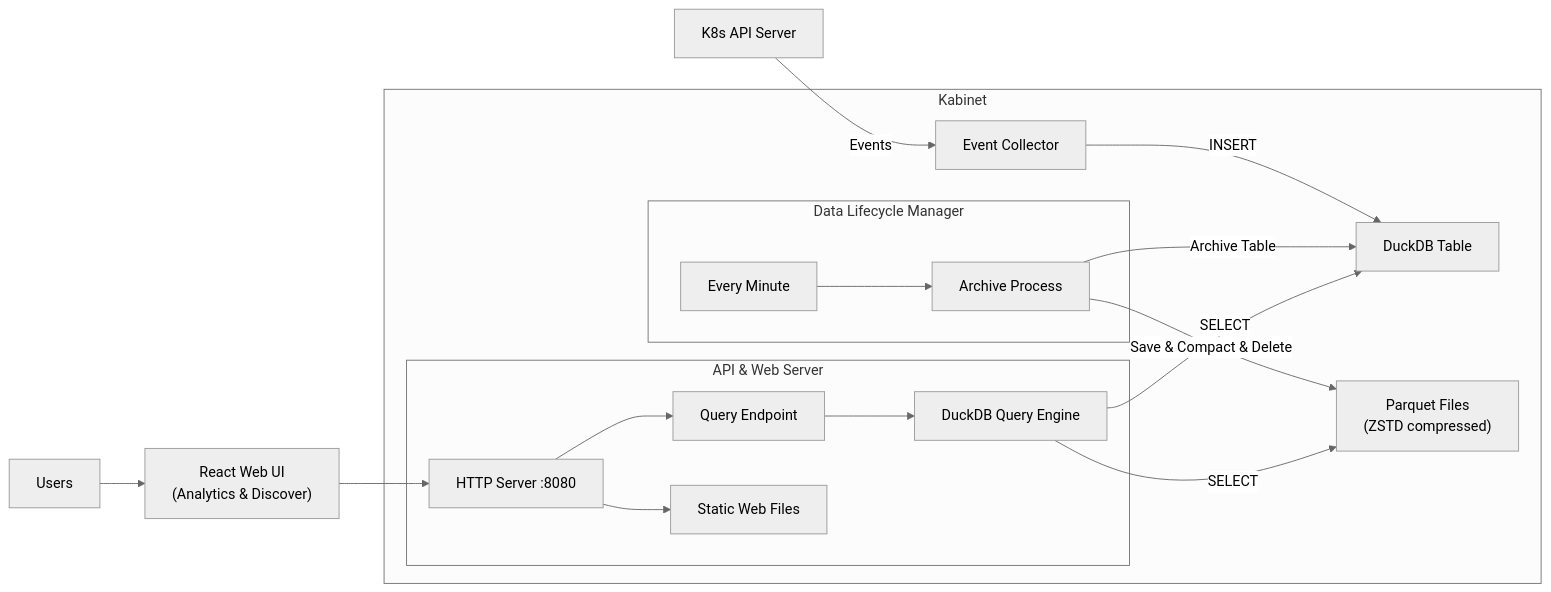
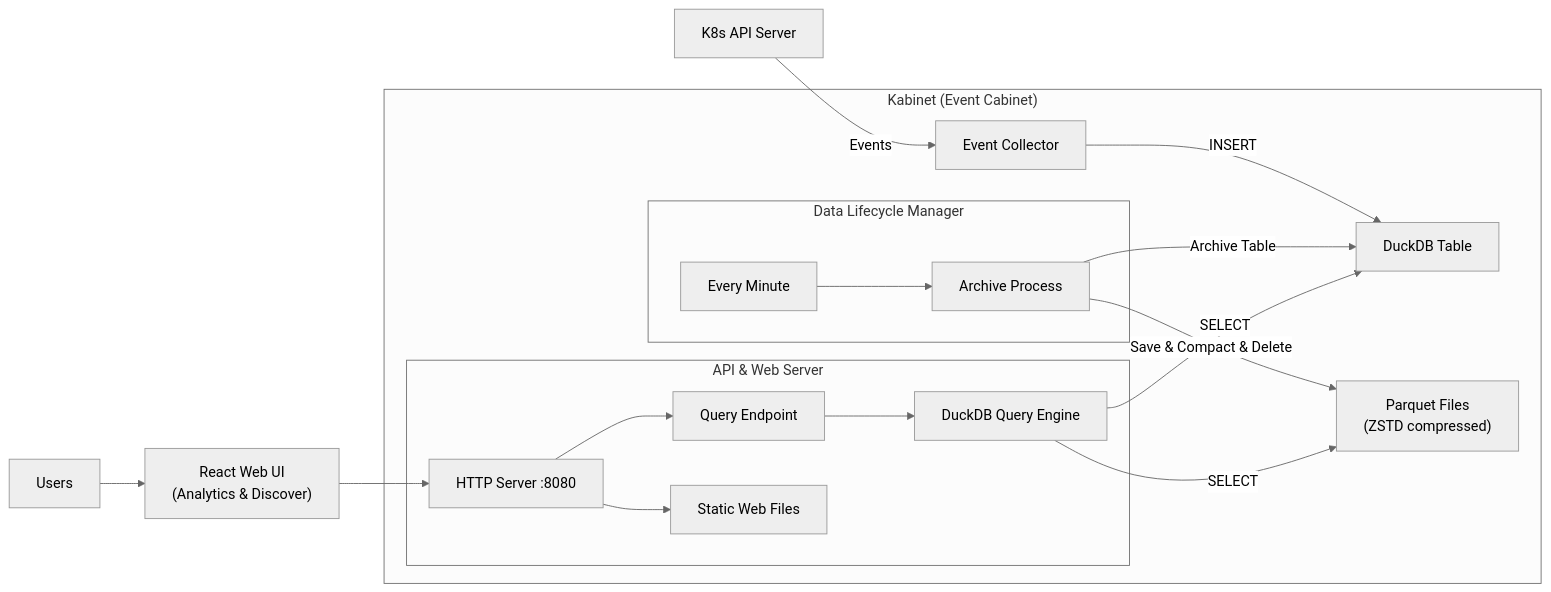
Before and after one commit to iwanhae/kabinet: the diagram in README.md, drawn with Mermaid (neutral theme). The commit also changed other lines of this file and 1 other file, not shown here.

````diff
--- a/README.md
+++ b/README.md
@@ -49,24 +52,24 @@
 ```mermaid
 graph LR
     A["K8s API Server"] -- "Events" --> B["Event Collector"]
 
-    subgraph "Kabinet"
+    subgraph "Kabinet (Event Cabinet)"
         subgraph "API & Web Server"
             H["HTTP Server :8080"] --> I["Query Endpoint"]
             H --> J["Static Web Files"]
             I --> K["DuckDB Query Engine"]
         end
 
         subgraph "Data Lifecycle Manager"
             D["Every Minute"] --> E["Archive Process"]
         end
 				B --"INSERT"--> C["DuckDB Table"]
 				E --"Archive Table"--> C
         E --"Save & Compact & Delete"--> F["Parquet Files<br/>(ZSTD compressed)"]
         K --"SELECT"--> C
         K --"SELECT"--> F
     end
 
     L["Users"] --> M["React Web UI<br/>(Analytics & Discover)"]
     M --> H
 ```
````
